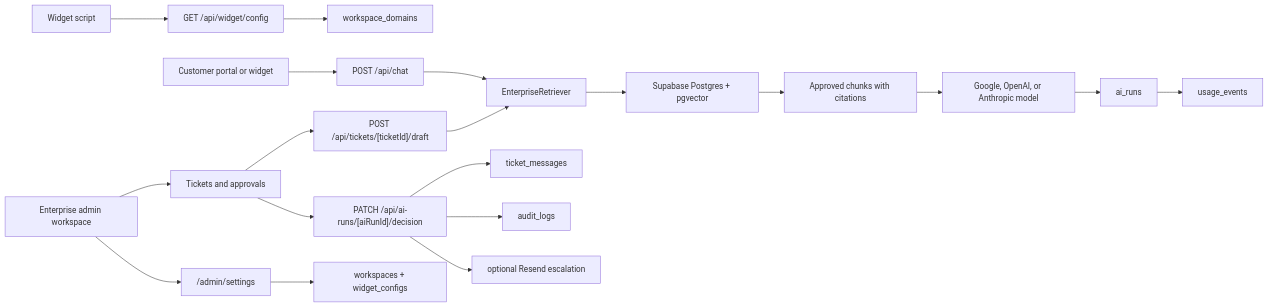
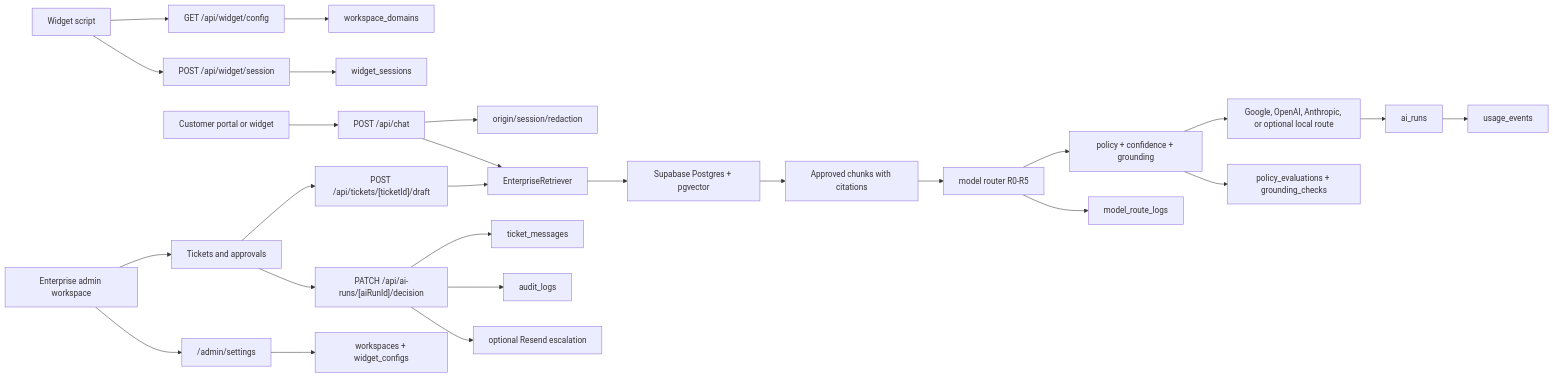
Before and after one commit to anilandcode/supportpilot-demo: the diagram in ARCHITECTURE.md, drawn with Mermaid. The commit also changed other lines of this file and 169 other files, not shown here.

````diff
--- a/ARCHITECTURE.md
+++ b/ARCHITECTURE.md
@@ -8,21 +8,28 @@
 ```mermaid
 flowchart LR
   Widget["Widget script"] --> ConfigAPI["GET /api/widget/config"]
+  Widget --> SessionAPI["POST /api/widget/session"]
   ConfigAPI --> Domains["workspace_domains"]
+  SessionAPI --> Sessions["widget_sessions"]
   Portal["Customer portal or widget"] --> ChatAPI["POST /api/chat"]
+  ChatAPI --> Security["origin/session/redaction"]
   Admin["Enterprise admin workspace"] --> Tickets["Tickets and approvals"]
   Admin --> Settings["/admin/settings"]
   Settings --> Workspace["workspaces + widget_configs"]
   Tickets --> DraftAPI["POST /api/tickets/[ticketId]/draft"]
   DraftAPI --> RAG["EnterpriseRetriever"]
   ChatAPI --> RAG
   RAG --> Supabase["Supabase Postgres + pgvector"]
   Supabase --> Context["Approved chunks with citations"]
-  Context --> Model["Google, OpenAI, or Anthropic model"]
+  Context --> Router["model router R0-R5"]
+  Router --> Policy["policy + confidence + grounding"]
+  Policy --> Model["Google, OpenAI, Anthropic, or optional local route"]
   Model --> AIRuns["ai_runs"]
+  Router --> ModelRoutes["model_route_logs"]
+  Policy --> Governance["policy_evaluations + grounding_checks"]
   AIRuns --> Usage["usage_events"]
   Tickets --> DecisionAPI["PATCH /api/ai-runs/[aiRunId]/decision"]
   DecisionAPI --> Messages["ticket_messages"]
   DecisionAPI --> Audit["audit_logs"]
   DecisionAPI --> EscalationEmail["optional Resend escalation"]
 ```
````
